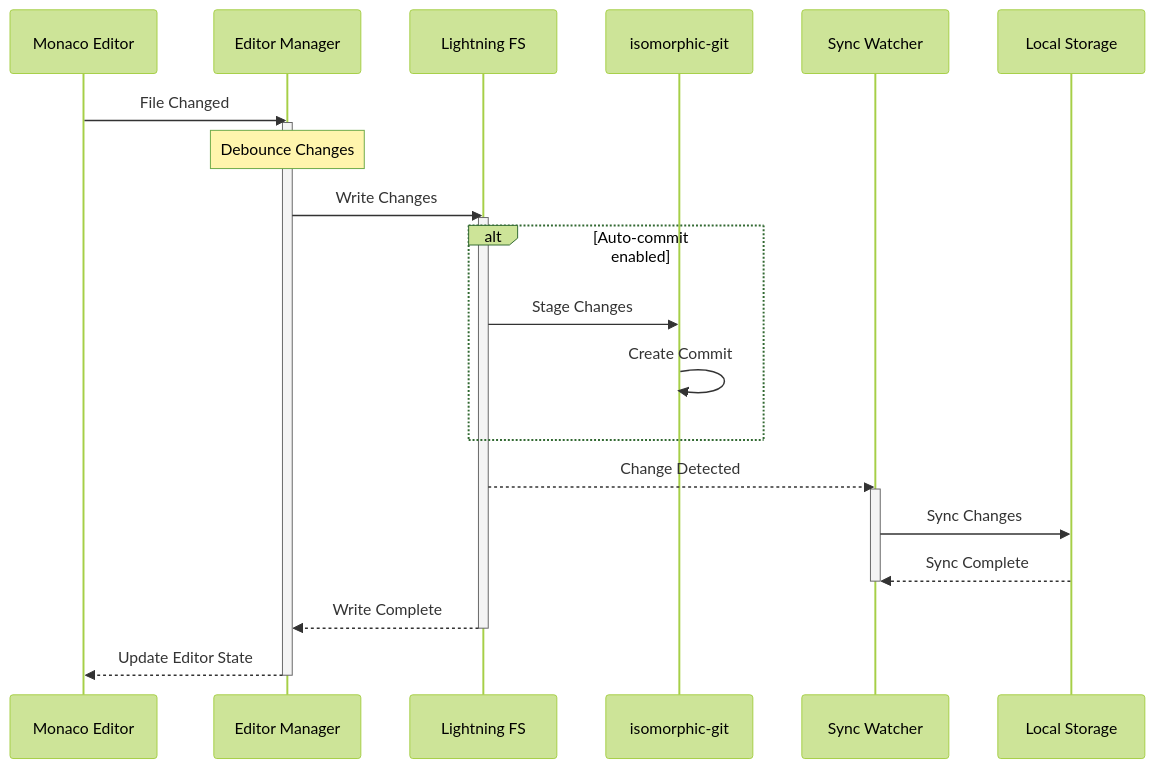
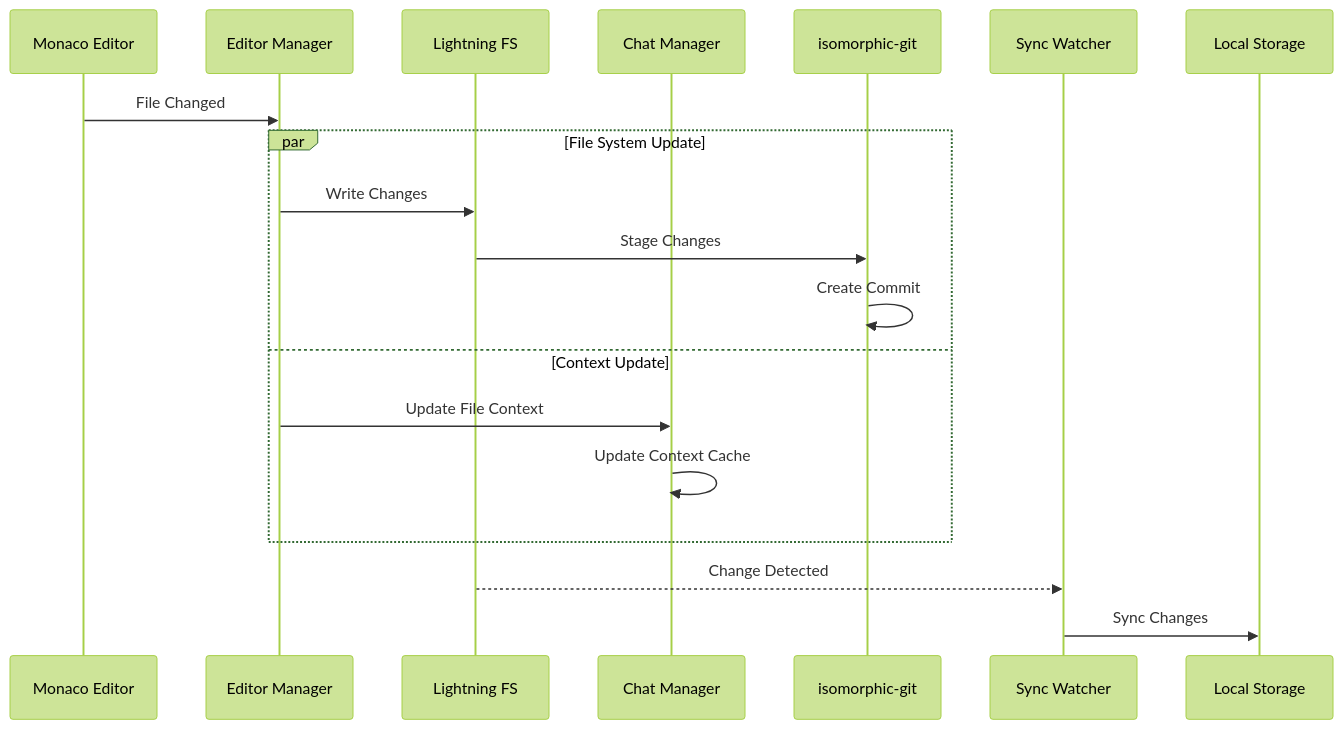
Before and after one commit to mrsimpson/piddie: the ninth of 21 diagrams in architecture.md, drawn with Mermaid (forest theme). The commit also changed other lines of this file, not shown here.

Commit message:
Architecture: Introduce dedicated context management

````diff
--- a/architecture.md
+++ b/architecture.md
@@ -500,34 +533,24 @@
 ```mermaid
 sequenceDiagram
     participant ME as Monaco Editor
     participant EM as Editor Manager
     participant LFS as Lightning FS
+    participant CHM as Chat Manager
     participant IG as isomorphic-git
     participant SW as Sync Watcher
     participant LS as Local Storage
 
     ME->>EM: File Changed
-    activate EM
     
-    Note over EM: Debounce Changes
-    
-    EM->>LFS: Write Changes
-    activate LFS
-    
-    alt Auto-commit enabled
+    par File System Update
+        EM->>LFS: Write Changes
         LFS->>IG: Stage Changes
         IG->>IG: Create Commit
+    and Context Update
+        EM->>CHM: Update File Context
+        CHM->>CHM: Update Context Cache
     end
     
     LFS-->>SW: Change Detected
-    activate SW
     SW->>LS: Sync Changes
-    LS-->>SW: Sync Complete
-    deactivate SW
-    
-    LFS-->>EM: Write Complete
-    deactivate LFS
-    
-    EM-->>ME: Update Editor State
-    deactivate EM
 ```
````
